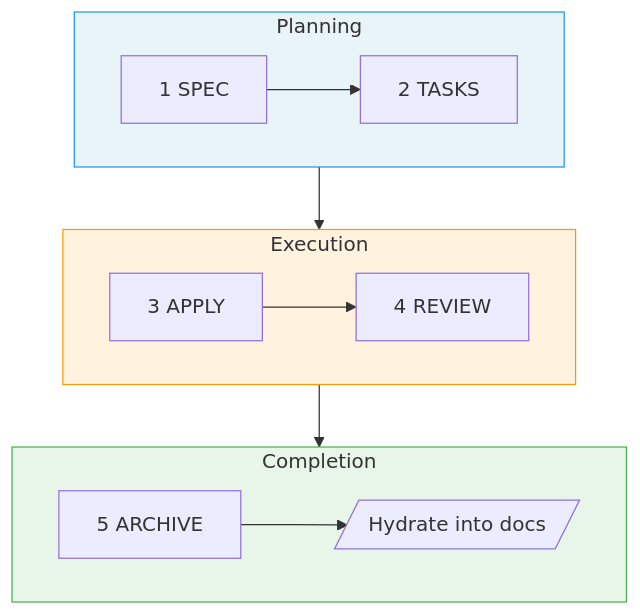
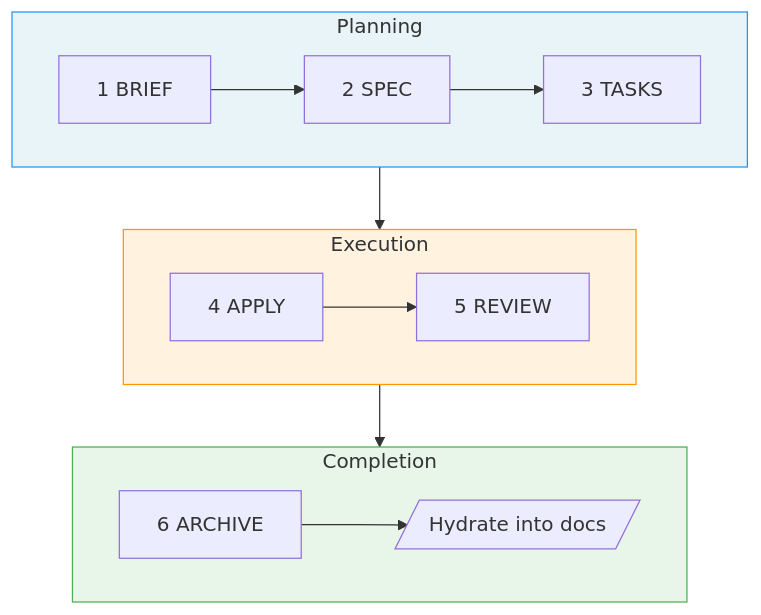
The first of 2 diagrams in fab/design/overview.md (sahil87/fab-kit), drawn with Mermaid before and after one commit. The commit also changed other lines of this file and 9 other files, not shown here.

````diff
--- a/fab/design/overview.md
+++ b/fab/design/overview.md
@@ -97,22 +97,22 @@
 ```mermaid
 flowchart TD
     subgraph planning ["Planning"]
         direction LR
-        S["1 SPEC"] --> T["2 TASKS"]
+        B["1 BRIEF"] --> S["2 SPEC"] --> T["3 TASKS"]
     end
     subgraph execution ["Execution"]
         direction LR
-        A["3 APPLY"] --> V["4 REVIEW"]
+        A["4 APPLY"] --> V["5 REVIEW"]
     end
     subgraph completion ["Completion"]
         direction LR
-        AR["5 ARCHIVE"] --> H[/"Hydrate into docs"/]
+        AR["6 ARCHIVE"] --> H[/"Hydrate into docs"/]
     end
 
     T --> A
     V --> AR
 
     style planning fill:#e8f4f8,stroke:#2196F3
     style execution fill:#fff3e0,stroke:#FF9800
     style completion fill:#e8f5e9,stroke:#4CAF50
 ```
````
